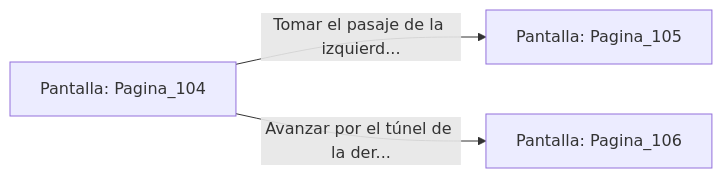
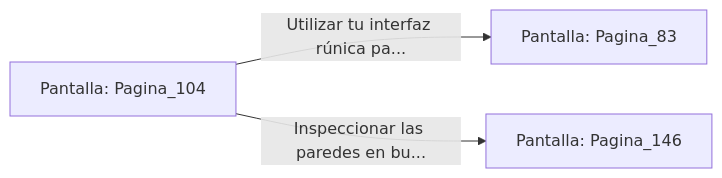
One commit to metsuke/mpl changed the diagram in sample/eligejuego-vault/Pantalla_Pagina_104.md. Above: the diagram before and after it, drawn with Mermaid. The commit also changed other lines of this file and 635 other files, not shown here.

First line of the commit message:
fix: añadir Pagina_1 como pantalla inicial en capitulo_01.mpl

````diff
--- a/sample/eligejuego-vault/Pantalla_Pagina_104.md
+++ b/sample/eligejuego-vault/Pantalla_Pagina_104.md
@@ -20,6 +22,6 @@
 ```mermaid
 graph LR
     P_Pagina_104["Pantalla: Pagina_104"]
-    P_Pagina_104 -->|"Tomar el pasaje de la izquierd..."| P_Pagina_105["Pantalla: Pagina_105"]
-    P_Pagina_104 -->|"Avanzar por el túnel de la der..."| P_Pagina_106["Pantalla: Pagina_106"]
+    P_Pagina_104 -->|"Utilizar tu interfaz rúnica pa..."| P_Pagina_83["Pantalla: Pagina_83"]
+    P_Pagina_104 -->|"Inspeccionar las paredes en bu..."| P_Pagina_146["Pantalla: Pagina_146"]
 ```
````
